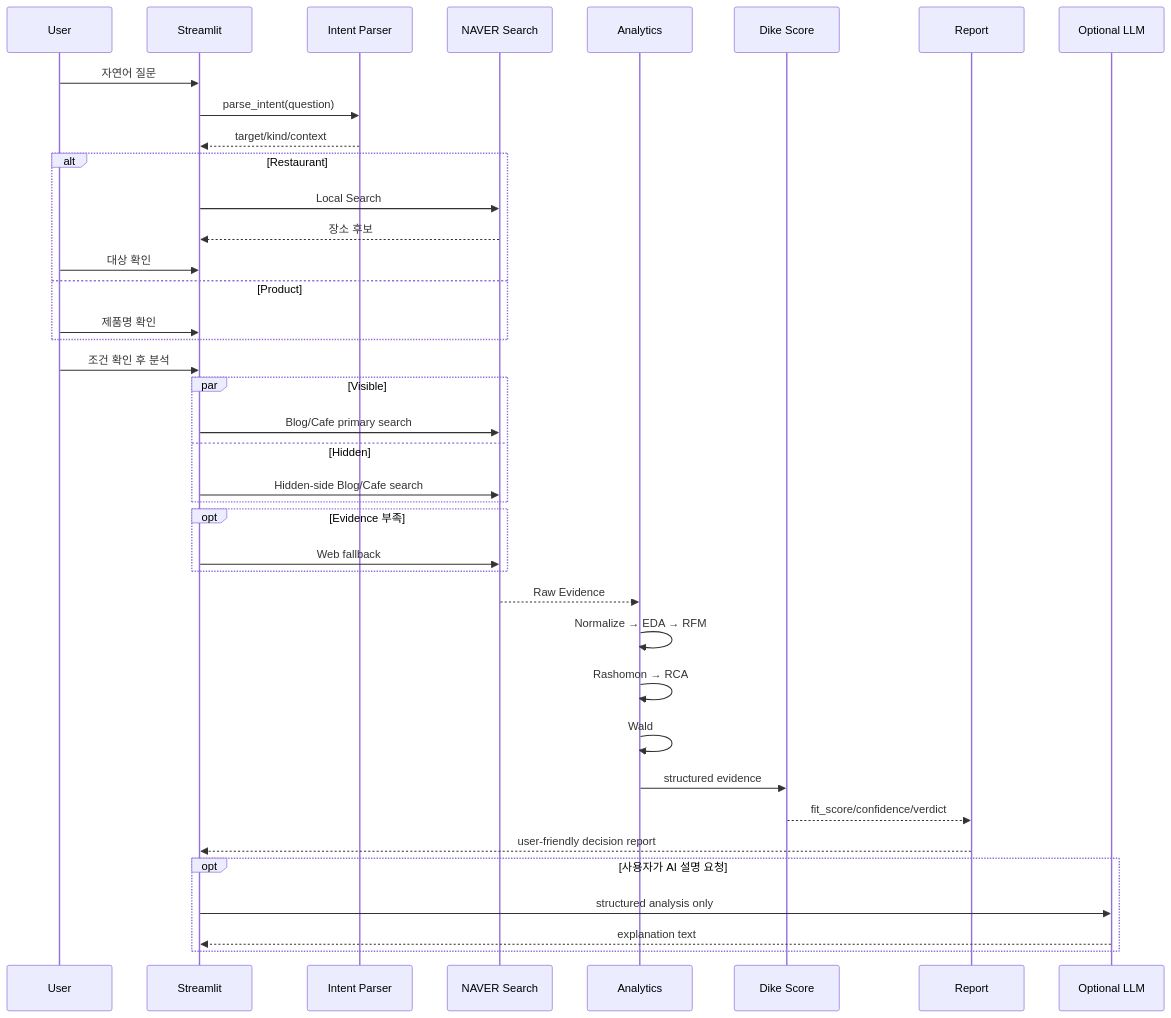
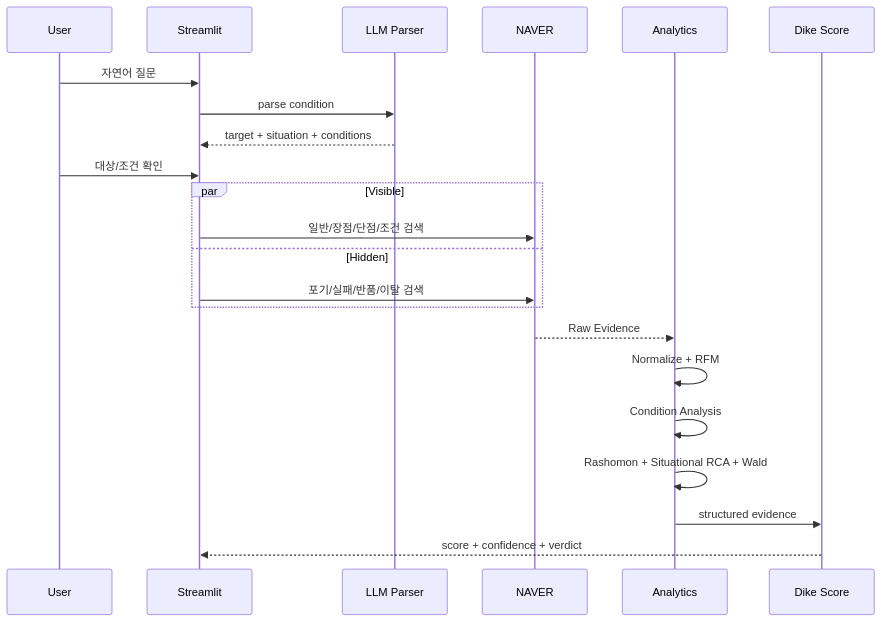
Before and after one commit to dooyoung94/dikes-eye-poc: the second of 2 diagrams in docs/ARCHITECTURE.md, drawn with Mermaid. The commit also changed other lines of this file, not shown here.

Commit message:
Update architecture for conditional decision flow

````diff
--- a/docs/ARCHITECTURE.md
+++ b/docs/ARCHITECTURE.md
@@ -80,47 +132,27 @@
 ```mermaid
 sequenceDiagram
     participant U as User
     participant UI as Streamlit
-    participant I as Intent Parser
-    participant N as NAVER Search
+    participant L as LLM Parser
+    participant N as NAVER
     participant A as Analytics
     participant D as Dike Score
-    participant R as Report
-    participant L as Optional LLM
 
     U->>UI: 자연어 질문
-    UI->>I: parse_intent(question)
-    I-->>UI: target/kind/context
+    UI->>L: parse condition
+    L-->>UI: target + situation + conditions
+    U->>UI: 대상/조건 확인
 
-    alt Restaurant
-        UI->>N: Local Search
-        N-->>UI: 장소 후보
-        U->>UI: 대상 확인
-    else Product
-        U->>UI: 제품명 확인
-    end
-
-    U->>UI: 조건 확인 후 분석
     par Visible
-        UI->>N: Blog/Cafe primary search
+        UI->>N: 일반/장점/단점/조건 검색
     and Hidden
-        UI->>N: Hidden-side Blog/Cafe search
-    end
-
-    opt Evidence 부족
-        UI->>N: Web fallback
+        UI->>N: 포기/실패/반품/이탈 검색
     end
 
     N-->>A: Raw Evidence
-    A->>A: Normalize → EDA → RFM
-    A->>A: Rashomon → RCA
-    A->>A: Wald
+    A->>A: Normalize + RFM
+    A->>A: Condition Analysis
+    A->>A: Rashomon + Situational RCA + Wald
     A->>D: structured evidence
-    D-->>R: fit_score/confidence/verdict
-    R-->>UI: user-friendly decision report
-
-    opt 사용자가 AI 설명 요청
-        UI->>L: structured analysis only
-        L-->>UI: explanation text
-    end
+    D-->>UI: score + confidence + verdict
 ```
````
